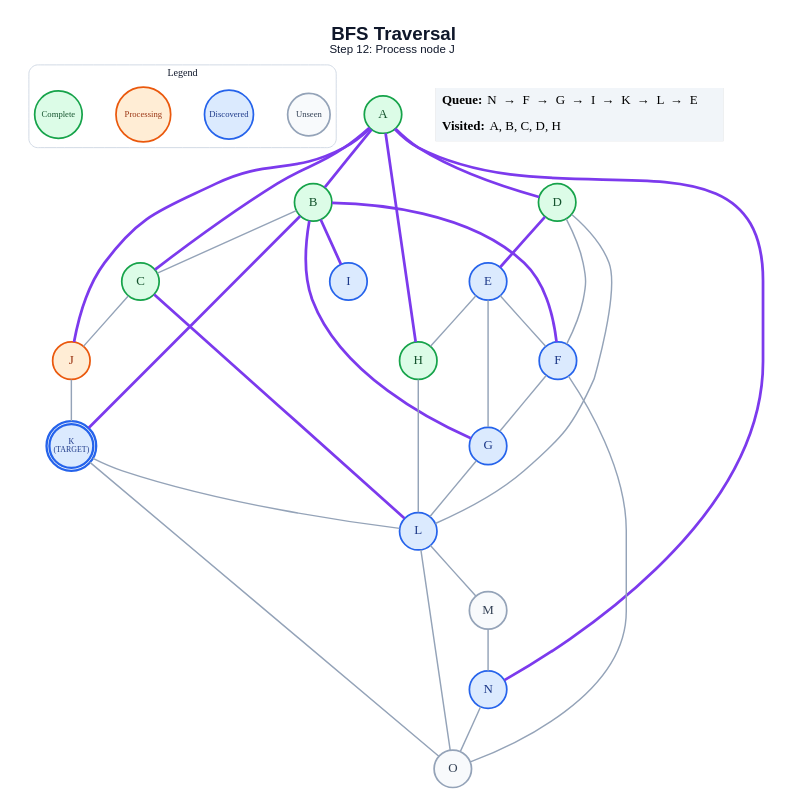
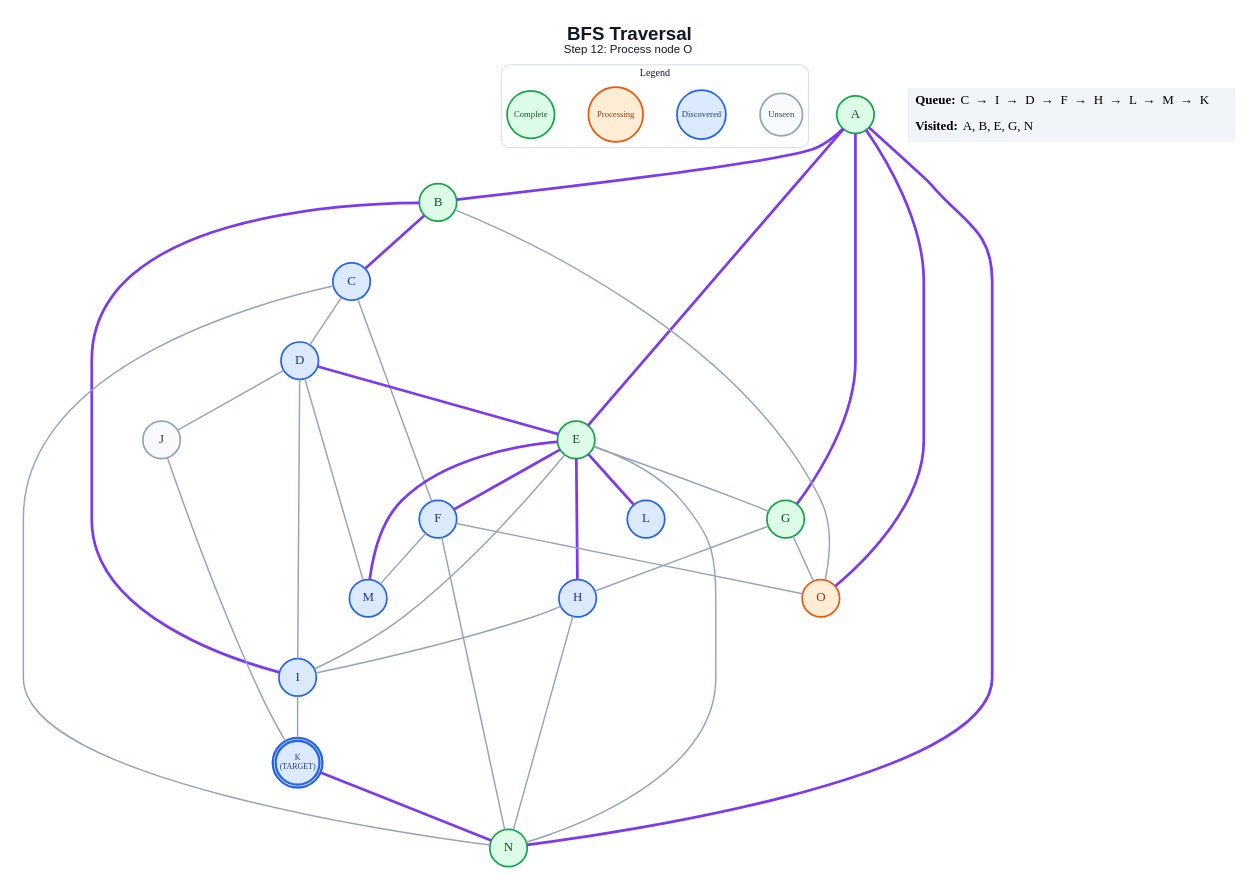
The diagram in generated/bfs/step_12.dot (anon7238593-create/ai-slop), drawn with Graphviz before and after one commit. The commit also changed 263 other files, not shown here.

```diff
--- a/generated/bfs/step_12.dot
+++ b/generated/bfs/step_12.dot
@@ -1,64 +1,66 @@
 graph traversal {
   graph [layout=dot, rankdir=TB, bgcolor="#FFFFFF", pad="0.35", nodesep="0.65", ranksep="0.8", fontname="Arial"];
   node [shape=circle, style="filled", fontname="Arial Bold", fontsize=18, width=0.72, fixedsize=true, penwidth=2.4];
   edge [color="#94A3B8", penwidth=2.0];
-  label=<<B>BFS Traversal</B><BR/><FONT POINT-SIZE="16">Step 12: Process node J</FONT>>; labelloc="t"; fontsize=26; fontname="Arial"; fontcolor="#0F172A";
+  label=<<B>BFS Traversal</B><BR/><FONT POINT-SIZE="16">Step 12: Process node O</FONT>>; labelloc="t"; fontsize=26; fontname="Arial"; fontcolor="#0F172A";
   subgraph cluster_legend { label="Legend"; color="#CBD5E1"; penwidth=1.2; style="rounded"; fontsize=14; fontname="Arial Bold";
     key_unseen [label="Unseen", fillcolor="#F8FAFC", color="#94A3B8", fontcolor="#334155", fontsize=12, width=0.82];
     key_frontier [label="Discovered", fillcolor="#DBEAFE", color="#2563EB", fontcolor="#1E3A8A", fontsize=12, width=0.95];
     key_current [label="Processing", fillcolor="#FFEDD5", color="#EA580C", fontcolor="#9A3412", fontsize=12, width=1.05];
     key_done [label="Complete", fillcolor="#DCFCE7", color="#16A34A", fontcolor="#14532D", fontsize=12, width=0.92];
     { rank=same; key_unseen; key_frontier; key_current; key_done; }
   }
   A [label="A", fillcolor="#DCFCE7", color="#16A34A", fontcolor="#14532D", peripheries=1, penwidth=2.4];
   B [label="B", fillcolor="#DCFCE7", color="#16A34A", fontcolor="#14532D", peripheries=1, penwidth=2.4];
-  C [label="C", fillcolor="#DCFCE7", color="#16A34A", fontcolor="#14532D", peripheries=1, penwidth=2.4];
-  D [label="D", fillcolor="#DCFCE7", color="#16A34A", fontcolor="#14532D", peripheries=1, penwidth=2.4];
-  E [label="E", fillcolor="#DBEAFE", color="#2563EB", fontcolor="#1E3A8A", peripheries=1, penwidth=2.4];
+  C [label="C", fillcolor="#DBEAFE", color="#2563EB", fontcolor="#1E3A8A", peripheries=1, penwidth=2.4];
+  D [label="D", fillcolor="#DBEAFE", color="#2563EB", fontcolor="#1E3A8A", peripheries=1, penwidth=2.4];
+  E [label="E", fillcolor="#DCFCE7", color="#16A34A", fontcolor="#14532D", peripheries=1, penwidth=2.4];
   F [label="F", fillcolor="#DBEAFE", color="#2563EB", fontcolor="#1E3A8A", peripheries=1, penwidth=2.4];
-  G [label="G", fillcolor="#DBEAFE", color="#2563EB", fontcolor="#1E3A8A", peripheries=1, penwidth=2.4];
-  H [label="H", fillcolor="#DCFCE7", color="#16A34A", fontcolor="#14532D", peripheries=1, penwidth=2.4];
+  G [label="G", fillcolor="#DCFCE7", color="#16A34A", fontcolor="#14532D", peripheries=1, penwidth=2.4];
+  H [label="H", fillcolor="#DBEAFE", color="#2563EB", fontcolor="#1E3A8A", peripheries=1, penwidth=2.4];
   I [label="I", fillcolor="#DBEAFE", color="#2563EB", fontcolor="#1E3A8A", peripheries=1, penwidth=2.4];
-  J [label="J", fillcolor="#FFEDD5", color="#EA580C", fontcolor="#9A3412", peripheries=1, penwidth=2.4];
+  J [label="J", fillcolor="#F8FAFC", color="#94A3B8", fontcolor="#334155", peripheries=1, penwidth=2.4];
   K [label="K\n(TARGET)", fillcolor="#DBEAFE", color="#2563EB", fontcolor="#1E3A8A", peripheries=2, penwidth=3.2, fontsize=11, width=0.85, height=0.85];
   L [label="L", fillcolor="#DBEAFE", color="#2563EB", fontcolor="#1E3A8A", peripheries=1, penwidth=2.4];
-  M [label="M", fillcolor="#F8FAFC", color="#94A3B8", fontcolor="#334155", peripheries=1, penwidth=2.4];
-  N [label="N", fillcolor="#DBEAFE", color="#2563EB", fontcolor="#1E3A8A", peripheries=1, penwidth=2.4];
-  O [label="O", fillcolor="#F8FAFC", color="#94A3B8", fontcolor="#334155", peripheries=1, penwidth=2.4];
+  M [label="M", fillcolor="#DBEAFE", color="#2563EB", fontcolor="#1E3A8A", peripheries=1, penwidth=2.4];
+  N [label="N", fillcolor="#DCFCE7", color="#16A34A", fontcolor="#14532D", peripheries=1, penwidth=2.4];
+  O [label="O", fillcolor="#FFEDD5", color="#EA580C", fontcolor="#9A3412", peripheries=1, penwidth=2.4];
   A -- B [color="#7C3AED", penwidth=3.8];
-  A -- C [color="#7C3AED", penwidth=3.8];
-  A -- D [color="#7C3AED", penwidth=3.8];
-  A -- H [color="#7C3AED", penwidth=3.8];
-  A -- J [color="#7C3AED", penwidth=3.8];
+  A -- E [color="#7C3AED", penwidth=3.8];
+  A -- G [color="#7C3AED", penwidth=3.8];
   A -- N [color="#7C3AED", penwidth=3.8];
-  B -- C;
-  B -- F [color="#7C3AED", penwidth=3.8];
-  B -- G [color="#7C3AED", penwidth=3.8];
+  A -- O [color="#7C3AED", penwidth=3.8];
+  B -- C [color="#7C3AED", penwidth=3.8];
   B -- I [color="#7C3AED", penwidth=3.8];
-  B -- K [color="#7C3AED", penwidth=3.8];
-  C -- J;
-  C -- L [color="#7C3AED", penwidth=3.8];
+  B -- O;
+  C -- D;
+  C -- F;
+  C -- N;
   D -- E [color="#7C3AED", penwidth=3.8];
-  D -- F;
-  D -- L;
-  E -- F;
+  D -- I;
+  D -- J;
+  D -- M;
+  E -- F [color="#7C3AED", penwidth=3.8];
   E -- G;
-  E -- H;
-  F -- G;
+  E -- H [color="#7C3AED", penwidth=3.8];
+  E -- I;
+  E -- L [color="#7C3AED", penwidth=3.8];
+  E -- M [color="#7C3AED", penwidth=3.8];
+  E -- N;
+  F -- M;
+  F -- N;
   F -- O;
-  G -- L;
-  H -- L;
+  G -- H;
+  G -- O;
+  H -- I;
+  H -- N;
+  I -- K;
   J -- K;
-  K -- L;
-  K -- O;
-  L -- M;
-  L -- O;
-  M -- N;
-  N -- O;
+  K -- N [color="#7C3AED", penwidth=3.8];
   status [shape=plain, fixedsize=false, width=0, height=0, margin=0, label=<
     <TABLE BORDER="0" CELLBORDER="0" CELLPADDING="7" BGCOLOR="#F1F5F9">
-      <TR><TD ALIGN="LEFT"><B>Queue:</B> N  →  F  →  G  →  I  →  K  →  L  →  E</TD></TR>
-      <TR><TD ALIGN="LEFT"><B>Visited:</B> A, B, C, D, H</TD></TR>
+      <TR><TD ALIGN="LEFT"><B>Queue:</B> C  →  I  →  D  →  F  →  H  →  L  →  M  →  K</TD></TR>
+      <TR><TD ALIGN="LEFT"><B>Visited:</B> A, B, E, G, N</TD></TR>
     </TABLE>
   >];
 }
```
